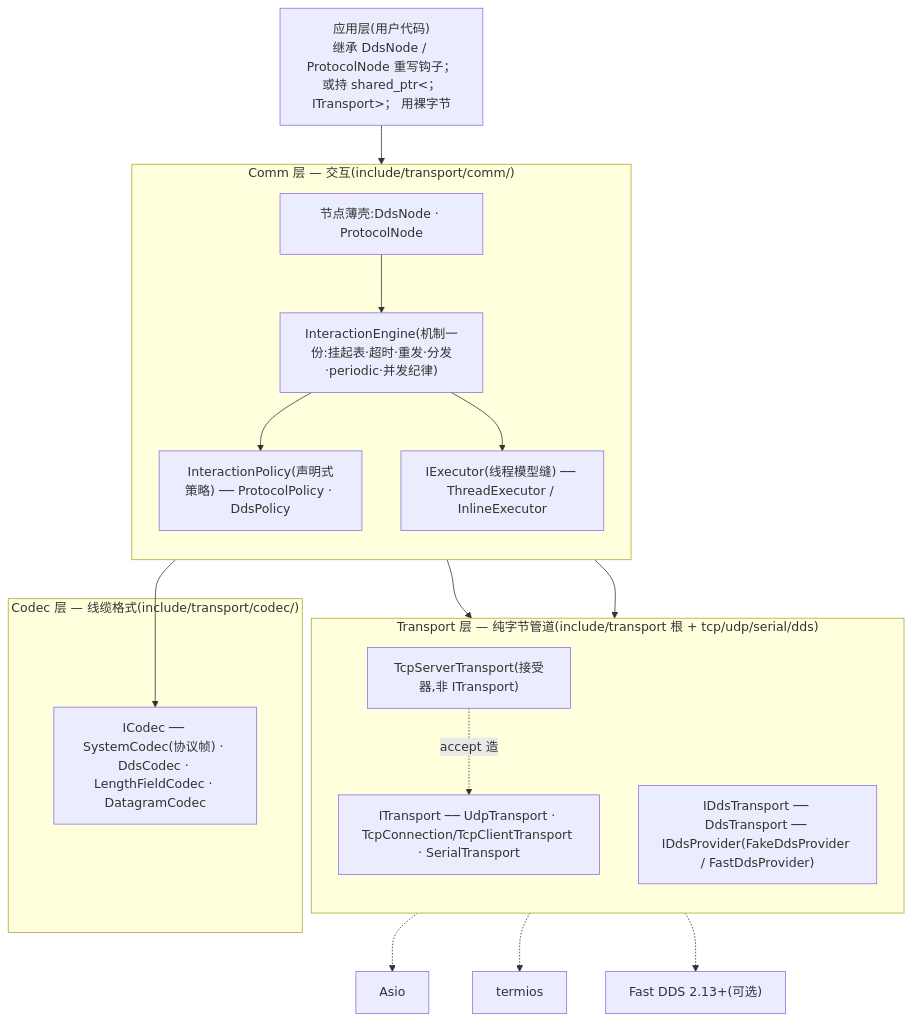
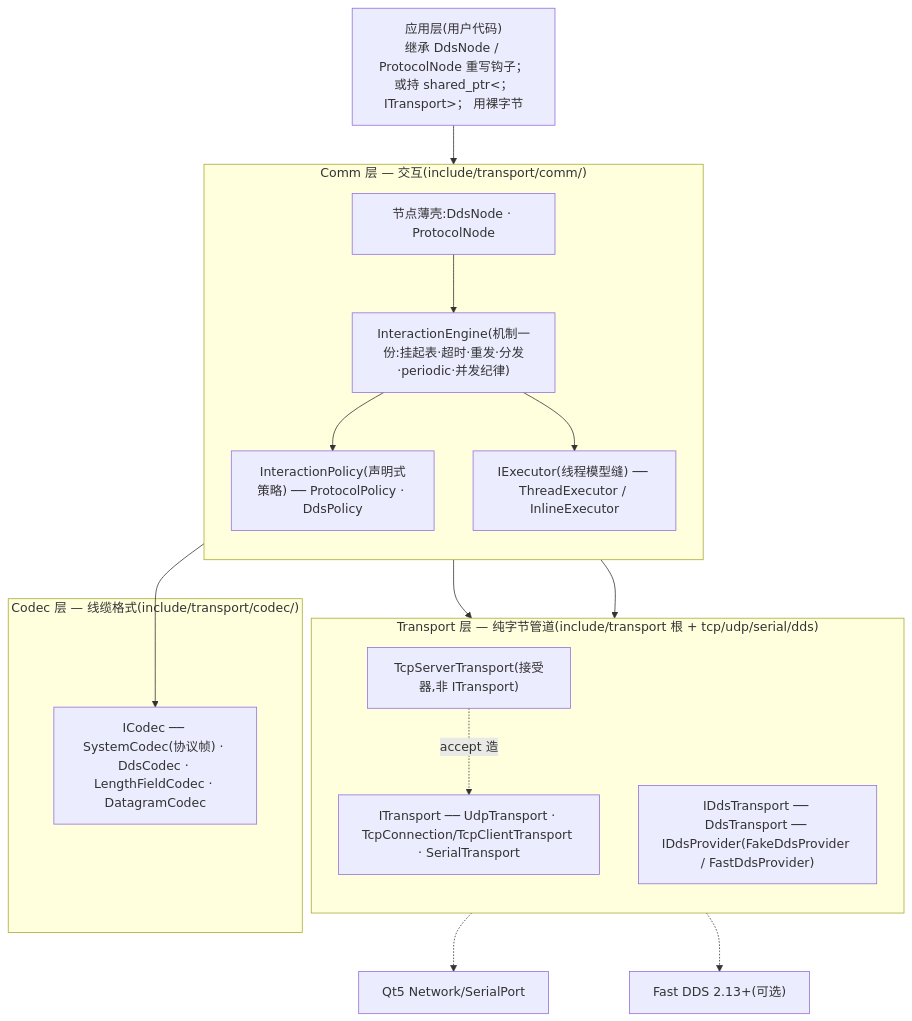
One commit to Ste7an-cs/Transport changed the first of 9 diagrams in docs/架构与运行期协作.md. Above: the diagram before and after it, drawn with Mermaid. The commit also changed other lines of this file and 6 other files, not shown here.

````diff
--- a/docs/架构与运行期协作.md
+++ b/docs/架构与运行期协作.md
@@ -12,30 +12,29 @@
 ```mermaid
 flowchart TB
   App["应用层(用户代码)<br/>继承 DdsNode / ProtocolNode 重写钩子；或持 shared_ptr&lt；ITransport&gt； 用裸字节"]
   subgraph L3["Comm 层 — 交互(include/transport/comm/)"]
     direction TB
     ENG["InteractionEngine(机制一份:挂起表·超时·重发·分发·periodic·并发纪律)"]
     POL["InteractionPolicy(声明式策略) ── ProtocolPolicy · DdsPolicy"]
     NODE["节点薄壳:DdsNode · ProtocolNode"]
     EXE["IExecutor(线程模型缝) ── ThreadExecutor / InlineExecutor"]
     NODE --> ENG --> POL
     ENG --> EXE
   end
   subgraph L2["Codec 层 — 线缆格式(include/transport/codec/)"]
     COD["ICodec ── SystemCodec(协议帧) · DdsCodec · LengthFieldCodec · DatagramCodec"]
   end
   subgraph L1["Transport 层 — 纯字节管道(include/transport 根 + tcp/udp/serial/dds)"]
     direction TB
     TR["ITransport ── UdpTransport · TcpConnection/TcpClientTransport · SerialTransport"]
     SRV["TcpServerTransport(接受器,非 ITransport)"]
     DDS["IDdsTransport ── DdsTransport ── IDdsProvider(FakeDdsProvider / FastDdsProvider)"]
   end
   App --> L3
   ENG --> COD
   ENG --> TR
   ENG --> DDS
   SRV -.->|accept 造| TR
-  TR -.-> asio["Asio"]
-  TR -.-> termios["termios"]
+  TR -.-> qt["Qt5 Network/SerialPort"]
   DDS -.-> fastdds["Fast DDS 2.13+(可选)"]
 ```
````
